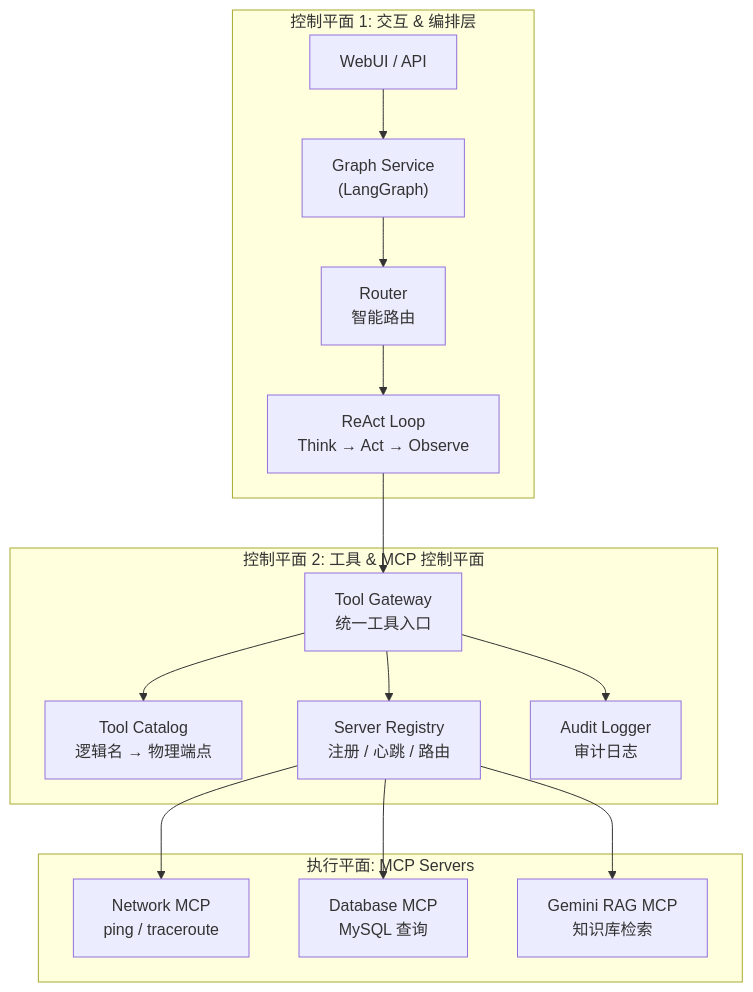
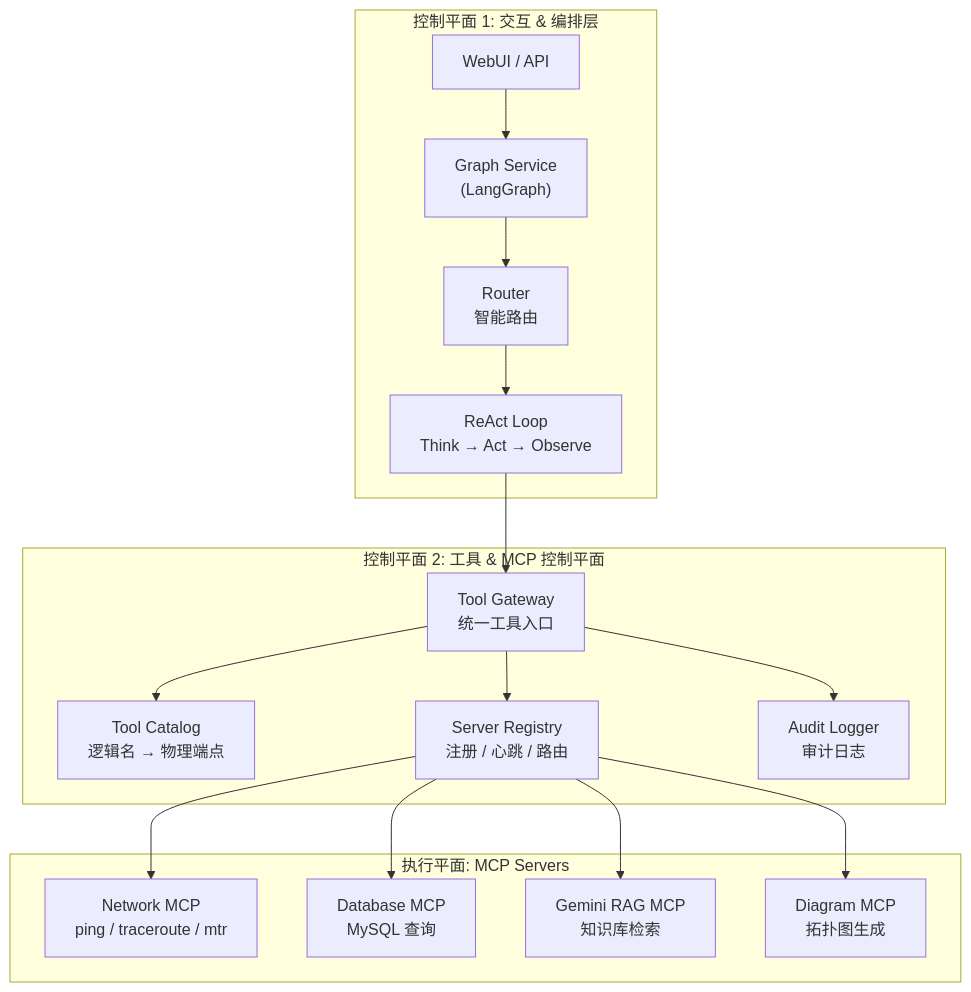
The first of 2 diagrams in README.md (Matthewyin/nssa_AiAgentPlatform), drawn with Mermaid before and after one commit. The commit also changed other lines of this file and 6 other files, not shown here.

First line of the commit message:
fix: 修复 diagram agent 工具前缀和权限问题

````diff
--- a/README.md
+++ b/README.md
@@ -22,33 +24,35 @@
 ```mermaid
 flowchart TB
     subgraph "控制平面 1: 交互 & 编排层"
         WebUI["WebUI / API"]
         GraphService["Graph Service<br/>(LangGraph)"]
         Router["Router<br/>智能路由"]
         ReAct["ReAct Loop<br/>Think → Act → Observe"]
     end
 
     subgraph "控制平面 2: 工具 & MCP 控制平面"
         ToolGateway["Tool Gateway<br/>统一工具入口"]
         ToolCatalog["Tool Catalog<br/>逻辑名 → 物理端点"]
         ServerRegistry["Server Registry<br/>注册 / 心跳 / 路由"]
         AuditLogger["Audit Logger<br/>审计日志"]
     end
 
     subgraph "执行平面: MCP Servers"
-        NetworkMCP["Network MCP<br/>ping / traceroute"]
+        NetworkMCP["Network MCP<br/>ping / traceroute / mtr"]
         DatabaseMCP["Database MCP<br/>MySQL 查询"]
         GeminiRAGMCP["Gemini RAG MCP<br/>知识库检索"]
+        DiagramMCP["Diagram MCP<br/>拓扑图生成"]
     end
 
     WebUI --> GraphService
     GraphService --> Router
     Router --> ReAct
     ReAct --> ToolGateway
     ToolGateway --> ToolCatalog
     ToolGateway --> ServerRegistry
     ToolGateway --> AuditLogger
     ServerRegistry --> NetworkMCP
     ServerRegistry --> DatabaseMCP
     ServerRegistry --> GeminiRAGMCP
+    ServerRegistry --> DiagramMCP
 ```
````
